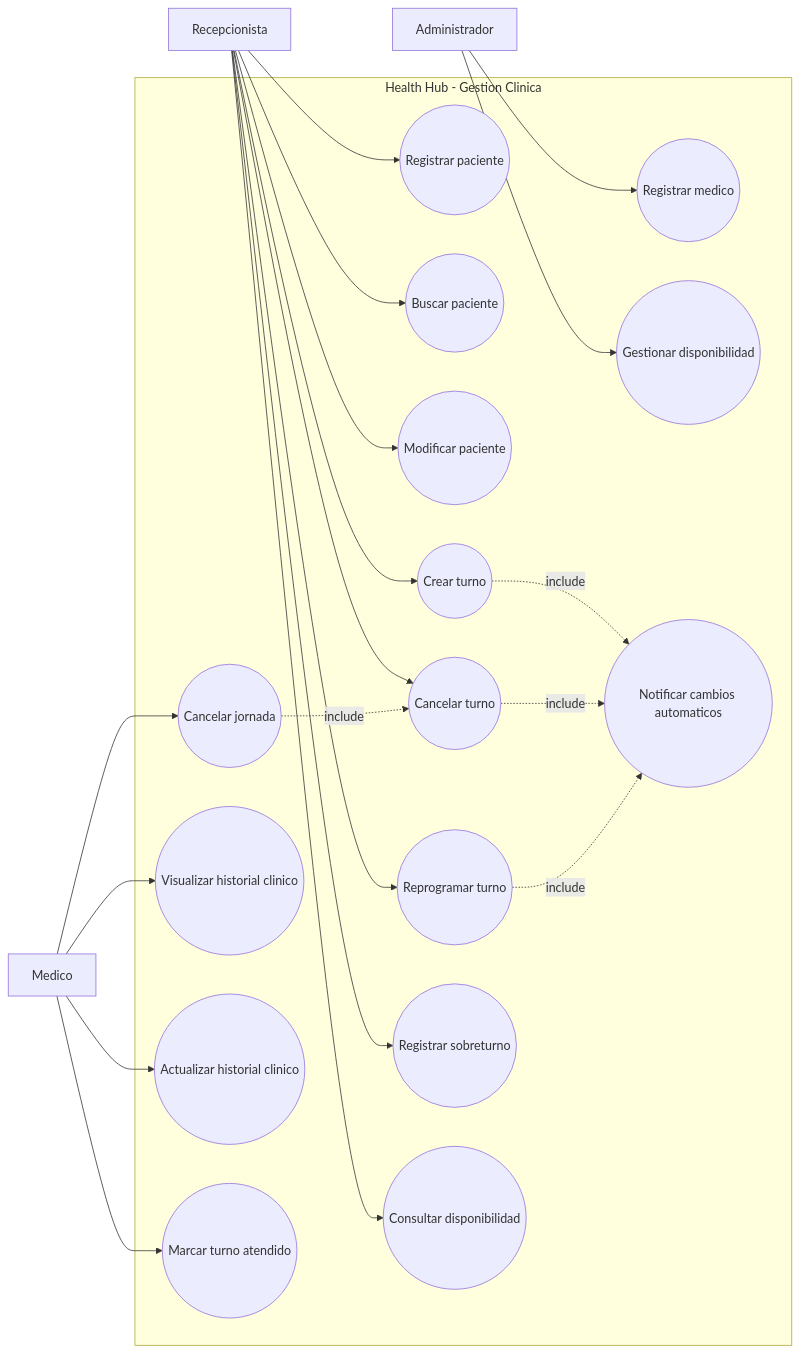
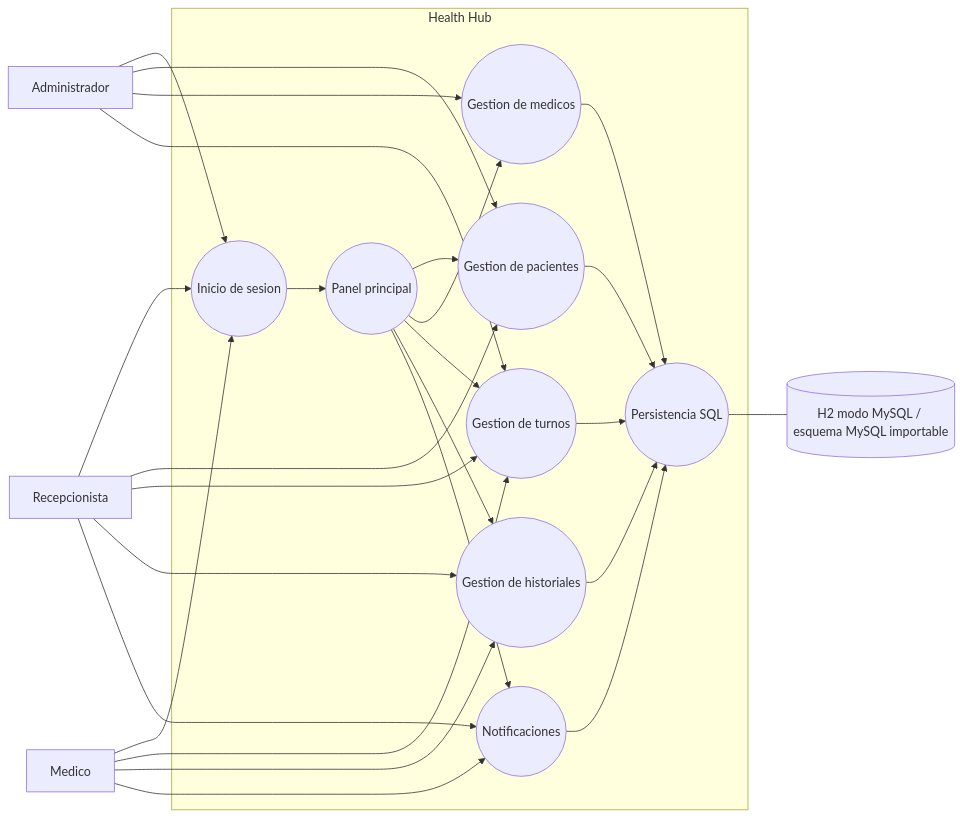
Before and after one commit to Camila-Ianni/HealthHub: the second of 3 diagrams in diagrams/visualizacion-mermaid.md, drawn with Mermaid. The commit also changed other lines of this file and 40 other files, not shown here.

````diff
--- a/diagrams/visualizacion-mermaid.md
+++ b/diagrams/visualizacion-mermaid.md
@@ -62,46 +75,49 @@
 ```mermaid
 flowchart LR
     R[Recepcionista]
     M[Medico]
     A[Administrador]
 
-    subgraph Sistema[Health Hub - Gestion Clinica]
-        UC1((Registrar paciente))
-        UC2((Buscar paciente))
-        UC3((Modificar paciente))
-        UC4((Crear turno))
-        UC5((Cancelar turno))
-        UC6((Reprogramar turno))
-        UC7((Registrar sobreturno))
-        UC8((Consultar disponibilidad))
-        UC9((Registrar medico))
-        UC10((Gestionar disponibilidad))
-        UC11((Cancelar jornada))
-        UC12((Visualizar historial clinico))
-        UC13((Actualizar historial clinico))
-        UC14((Marcar turno atendido))
-        UC15((Notificar cambios automaticos))
+    subgraph Sistema[Health Hub]
+        L((Inicio de sesion))
+        D((Panel principal))
+        P((Gestion de pacientes))
+        MD((Gestion de medicos))
+        T((Gestion de turnos))
+        H((Gestion de historiales))
+        N((Notificaciones))
+        G((Persistencia SQL))
     end
 
-    R --> UC1
-    R --> UC2
-    R --> UC3
-    R --> UC4
-    R --> UC5
-    R --> UC6
-    R --> UC7
-    R --> UC8
+    R --> L
+    M --> L
+    A --> L
 
-    A --> UC9
-    A --> UC10
+    L --> D
+    D --> P
+    D --> MD
+    D --> T
+    D --> H
+    D --> N
 
-    M --> UC11
-    M --> UC12
-    M --> UC13
-    M --> UC14
+    R --> P
+    R --> T
+    R --> H
+    R --> N
 
-    UC4 -. include .-> UC15
-    UC5 -. include .-> UC15
-    UC6 -. include .-> UC15
-    UC11 -. include .-> UC5
+    A --> P
+    A --> MD
+    A --> T
+
+    M --> T
+    M --> H
+    M --> N
+
+    P --> G
+    MD --> G
+    T --> G
+    H --> G
+    N --> G
+
+    G --- DB[(H2 modo MySQL / esquema MySQL importable)]
 ```
````
